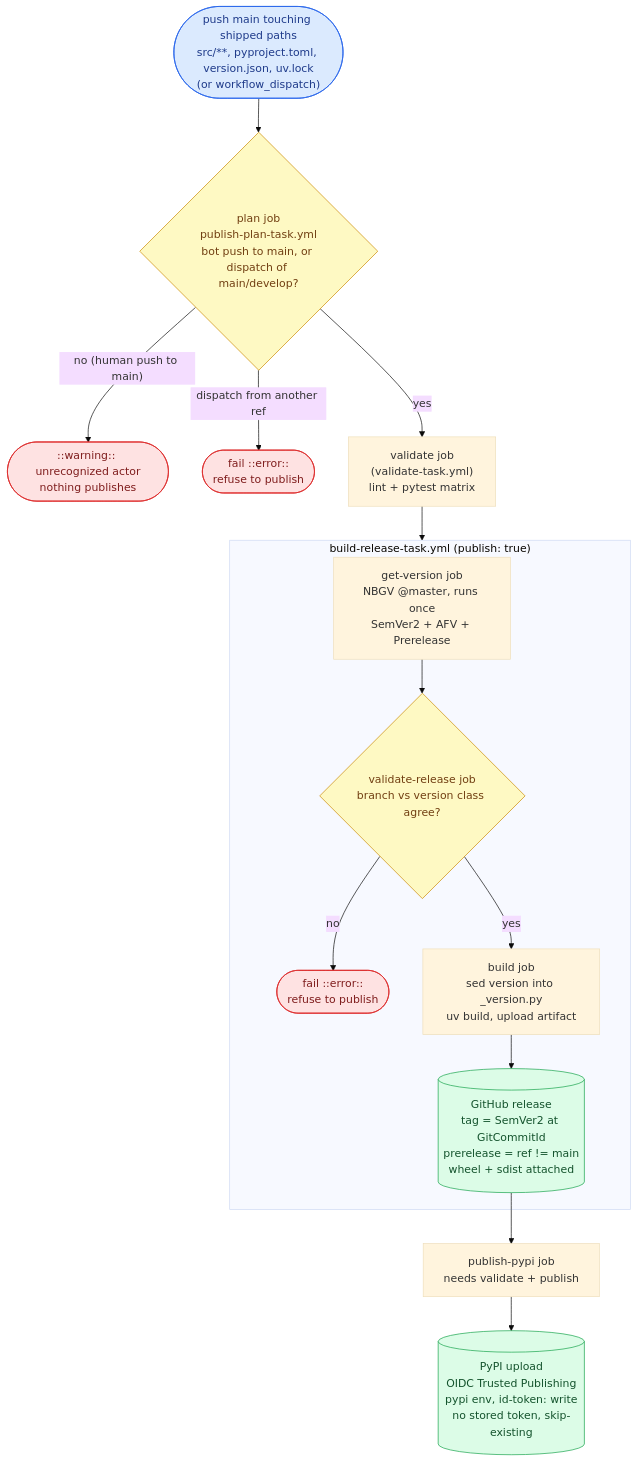
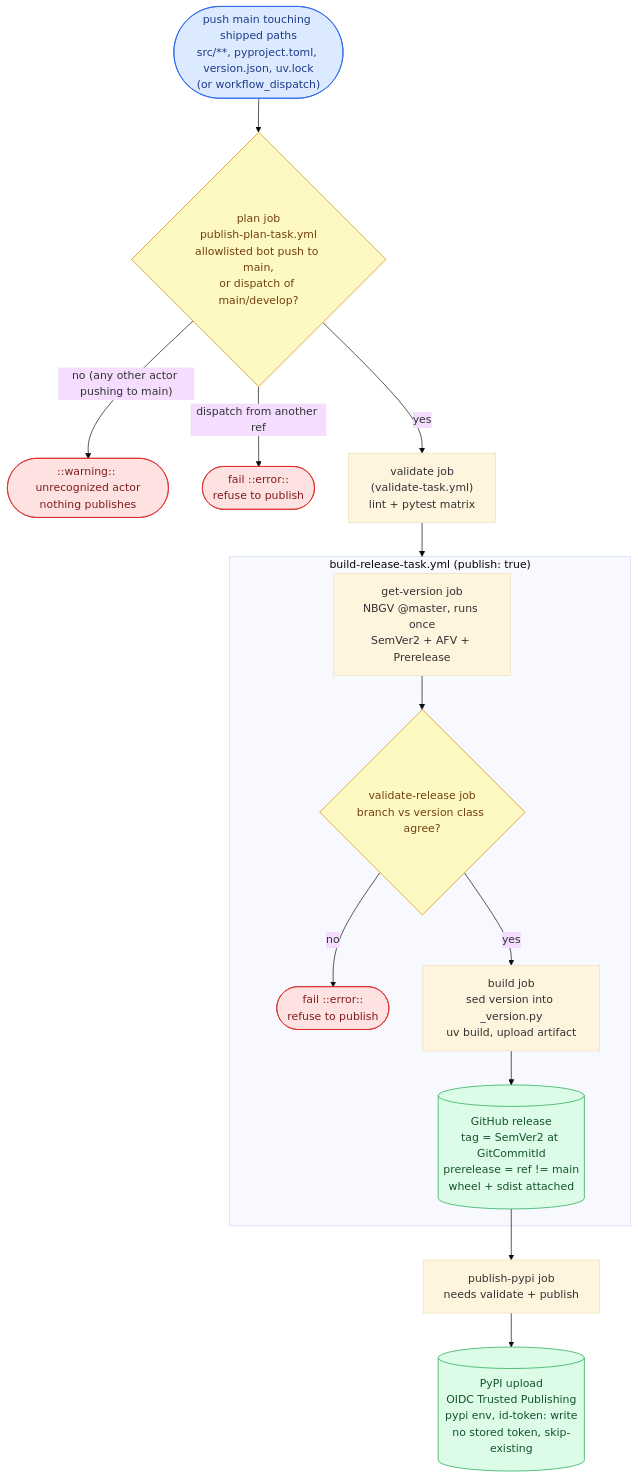
One commit to ptr727/aiopurpleair changed the second of 3 diagrams in WORKFLOW.md. Above: the diagram before and after it, drawn with Mermaid (base theme). The commit also changed other lines of this file and 1 other file, not shown here.

Commit message:
Carry the allowlist wording into the comment and the diagram
The previous pass fixed the prose and left the two surfaces a reader is
most likely to trust: the workflow's own header comment and the publish
diagram. Both still said "a bot" publishes and "a human" is warned.

Neither is the gate. The allowlist is exactly ptr727-codegen[bot] and
dependabot[bot], and any other actor takes the warning branch, a renamed
or newly installed App included. That is the case the annotation exists
for, so writing it as "a human push" describes the one actor whose
failure to publish nobody would investigate and omits the one that
matters.

D4.1 carried the same narrowing and now says any other actor.

````diff
--- a/WORKFLOW.md
+++ b/WORKFLOW.md
@@ -123,21 +123,21 @@
 ```mermaid
 flowchart TD
     P(["push main touching shipped paths<br/>src/**, pyproject.toml, version.json, uv.lock<br/>(or workflow_dispatch)"]):::trig --> PLAN
-    PLAN{"plan job<br/>publish-plan-task.yml<br/>bot push to main, or dispatch of main/develop?"}:::gate
-    PLAN -- "no (human push to main)" --> NOP(["::warning:: unrecognized actor<br/>nothing publishes"]):::stop
+    PLAN{"plan job<br/>publish-plan-task.yml<br/>allowlisted bot push to main,<br/>or dispatch of main/develop?"}:::gate
+    PLAN -- "no (any other actor pushing to main)" --> NOP(["::warning:: unrecognized actor<br/>nothing publishes"]):::stop
     PLAN -- "dispatch from another ref" --> DX(["fail ::error::<br/>refuse to publish"]):::stop
     PLAN -- "yes" --> VAL["validate job<br/>(validate-task.yml)<br/>lint + pytest matrix"]
     VAL --> BUILD
     subgraph BUILD ["build-release-task.yml (publish: true)"]
         GV["get-version job<br/>NBGV @master, runs once<br/>SemVer2 + AFV + Prerelease"] --> VR{"validate-release job<br/>branch vs version class agree?"}:::gate
         VR -- "no" --> VRX(["fail ::error::<br/>refuse to publish"]):::stop
         VR -- "yes" --> BD["build job<br/>sed version into _version.py<br/>uv build, upload artifact"]
         BD --> REL[("GitHub release<br/>tag = SemVer2 at GitCommitId<br/>prerelease = ref != main<br/>wheel + sdist attached")]:::pub
     end
     REL --> PP["publish-pypi job<br/>needs validate + publish"]
     PP --> PYPI[("PyPI upload<br/>OIDC Trusted Publishing<br/>pypi env, id-token: write<br/>no stored token, skip-existing")]:::pub
     classDef trig fill:#dbeafe,stroke:#2563eb,color:#1e3a8a
     classDef gate fill:#fef9c3,stroke:#ca8a04,color:#713f12
     classDef pub fill:#dcfce7,stroke:#16a34a,color:#14532d
     classDef stop fill:#fee2e2,stroke:#dc2626,color:#7f1d1d
 ```
````
